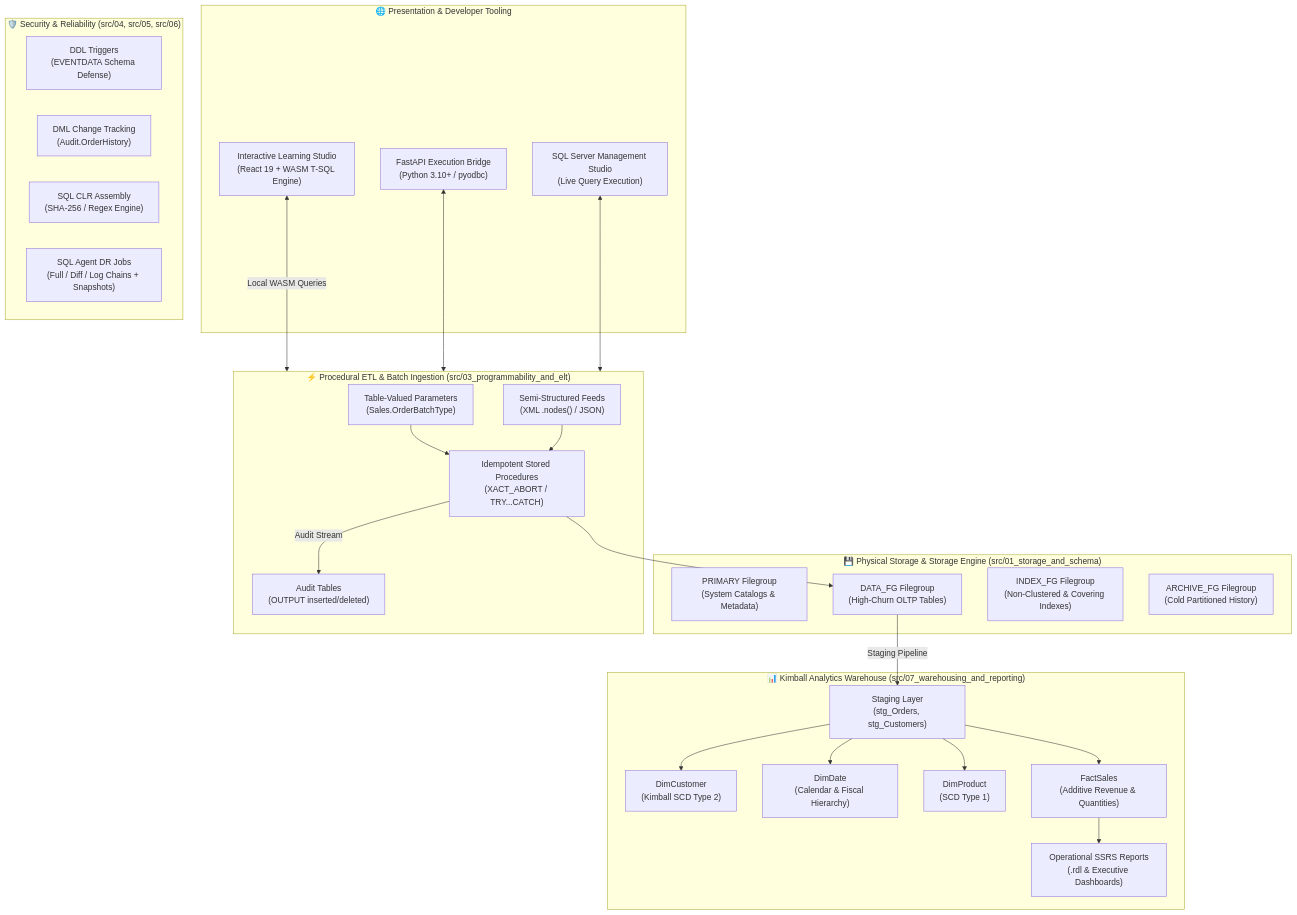
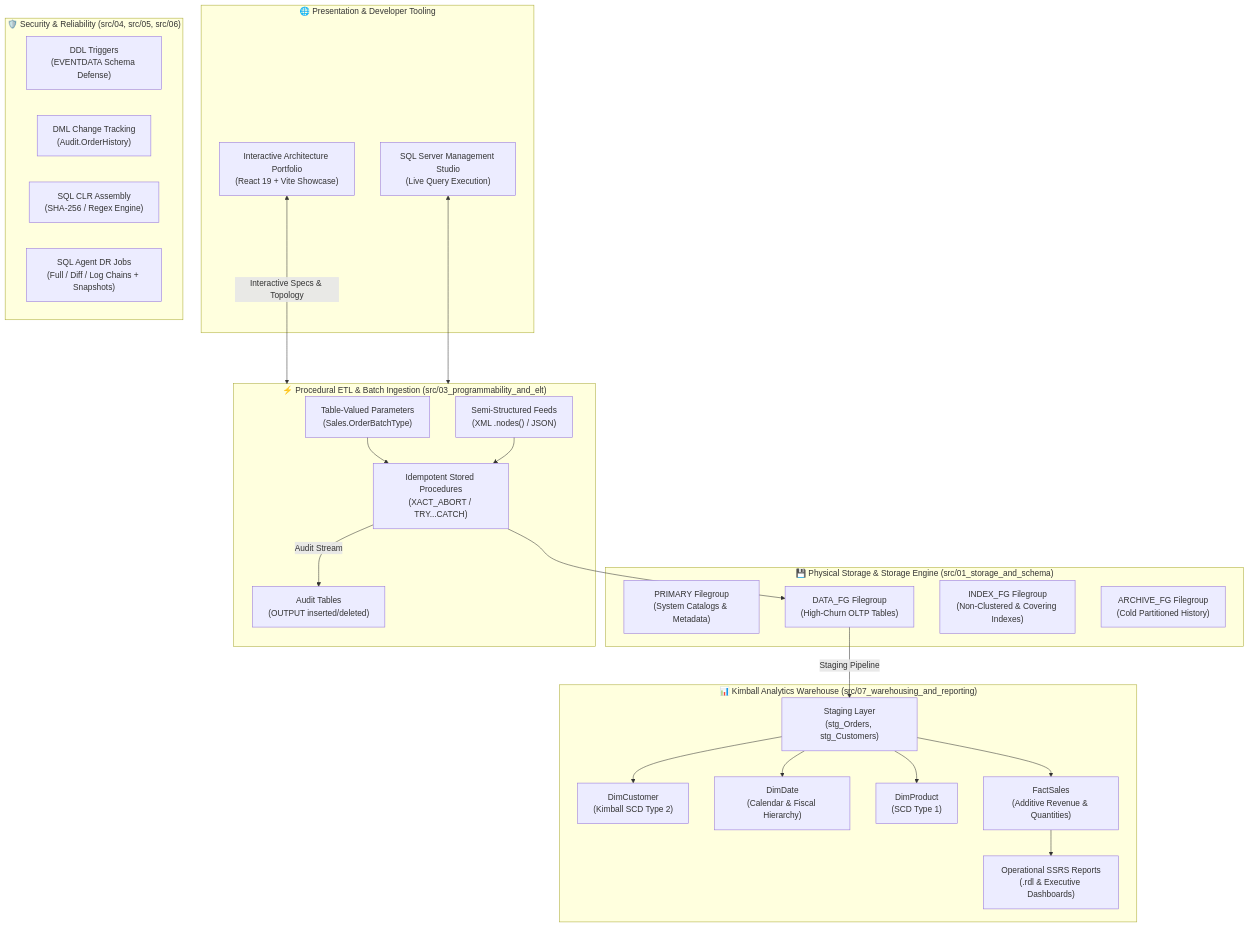
Before and after one commit to Sohila-Khaled-Abbas/sql-server-data-platform: the first of 2 diagrams in README.md, drawn with Mermaid. The commit also changed other lines of this file and 68 other files, not shown here.

Commit message:
feat(web & sql): launch 2026 portfolio showcase, add CH01_VID06 constraints & rules with live ITI telemetry, update readme and all docs

````diff
--- a/README.md
+++ b/README.md
@@ -123,42 +122,40 @@
 ```mermaid
 flowchart TD
     subgraph ClientTiers ["🌐 Presentation & Developer Tooling"]
-        Web["Interactive Learning Studio\n(React 19 + WASM T-SQL Engine)"]
+        Web["Interactive Architecture Portfolio\n(React 19 + Vite Showcase)"]
         SSMS["SQL Server Management Studio\n(Live Query Execution)"]
-        API["FastAPI Execution Bridge\n(Python 3.10+ / pyodbc)"]
     end
 
     subgraph PhysicalStorage ["💾 Physical Storage & Storage Engine (src/01_storage_and_schema)"]
         FG_Pri["PRIMARY Filegroup\n(System Catalogs & Metadata)"]
         FG_Data["DATA_FG Filegroup\n(High-Churn OLTP Tables)"]
         FG_Idx["INDEX_FG Filegroup\n(Non-Clustered & Covering Indexes)"]
         FG_Arch["ARCHIVE_FG Filegroup\n(Cold Partitioned History)"]
     end
 
     subgraph IngestionETL ["⚡ Procedural ETL & Batch Ingestion (src/03_programmability_and_elt)"]
         TVP_In["Table-Valued Parameters\n(Sales.OrderBatchType)"] --> SP_Pipeline["Idempotent Stored Procedures\n(XACT_ABORT / TRY...CATCH)"]
         XML_In["Semi-Structured Feeds\n(XML .nodes() / JSON)"] --> SP_Pipeline
         SP_Pipeline -->|Audit Stream| AuditLog["Audit Tables\n(OUTPUT inserted/deleted)"]
         SP_Pipeline --> FG_Data
     end
 
     subgraph Governance ["🛡️ Security & Reliability (src/04, src/05, src/06)"]
         DDL_Trig["DDL Triggers\n(EVENTDATA Schema Defense)"]
         DML_Trig["DML Change Tracking\n(Audit.OrderHistory)"]
         CLR_Engine["SQL CLR Assembly\n(SHA-256 / Regex Engine)"]
         DR_Agent["SQL Agent DR Jobs\n(Full / Diff / Log Chains + Snapshots)"]
     end
 
     subgraph DimensionalWarehouse ["📊 Kimball Analytics Warehouse (src/07_warehousing_and_reporting)"]
         FG_Data -->|Staging Pipeline| Staging["Staging Layer\n(stg_Orders, stg_Customers)"]
         Staging --> DimCust["DimCustomer\n(Kimball SCD Type 2)"]
         Staging --> DimDate["DimDate\n(Calendar & Fiscal Hierarchy)"]
         Staging --> DimProd["DimProduct\n(SCD Type 1)"]
         Staging --> FactSales["FactSales\n(Additive Revenue & Quantities)"]
         FactSales --> SSRS["Operational SSRS Reports\n(.rdl & Executive Dashboards)"]
     end
 
-    Web <-->|Local WASM Queries| IngestionETL
-    API <--> IngestionETL
+    Web <-->|Interactive Specs & Topology| IngestionETL
     SSMS <--> IngestionETL
 ```
````
